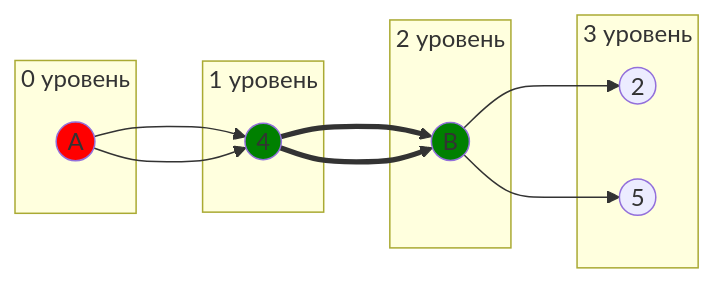
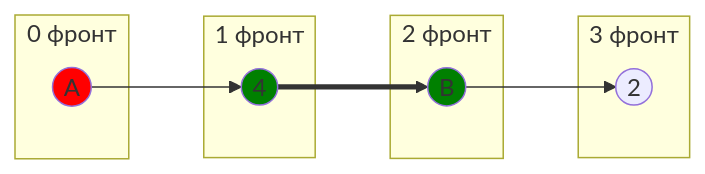
The sixth of 9 diagrams in Задание 8/DIVI.md (algos-ris-24-5/manual-tasks), drawn with Mermaid before and after one commit. The commit also changed other lines of this file, not shown here.

````diff
--- a/Задание 8/DIVI.md
+++ b/Задание 8/DIVI.md
@@ -277,22 +240,20 @@
 ```mermaid
 graph LR
-    subgraph "0 уровень"
+    subgraph "0 фронт"
         A((A))
     end
-    subgraph "1 уровень"
+    subgraph "1 фронт"
         4((4))
     end
-    subgraph "2 уровень"
+    subgraph "2 фронт"
         B((B))
     end
-    subgraph "3 уровень"
+    subgraph "3 фронт"
         2((2))
-        5((5))
     end
     A --> 4 ==> B --> 2
-    A --> 4 ==> B --> 5
     
     style A fill:#FF0000
     style B fill:#008000
     style 4 fill:#008000
 ```
````
